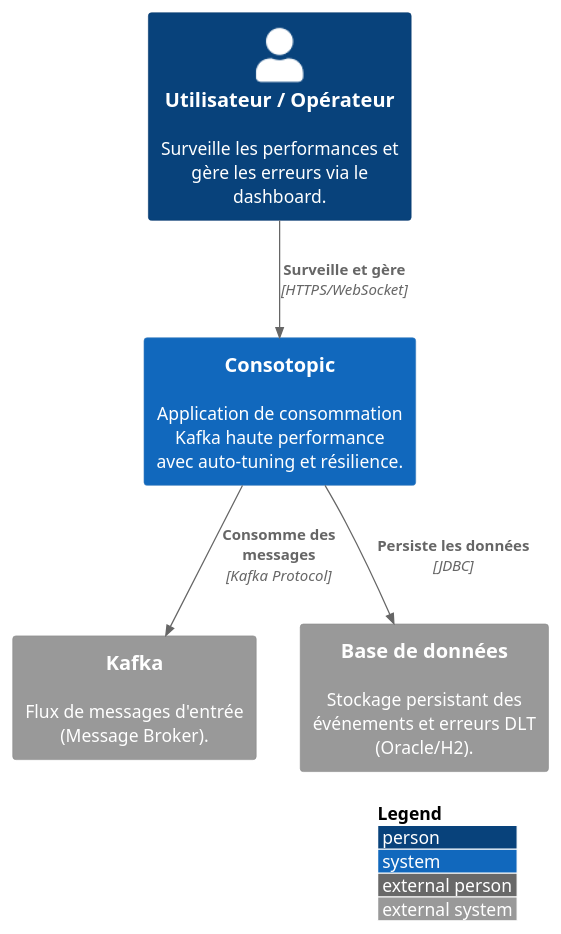
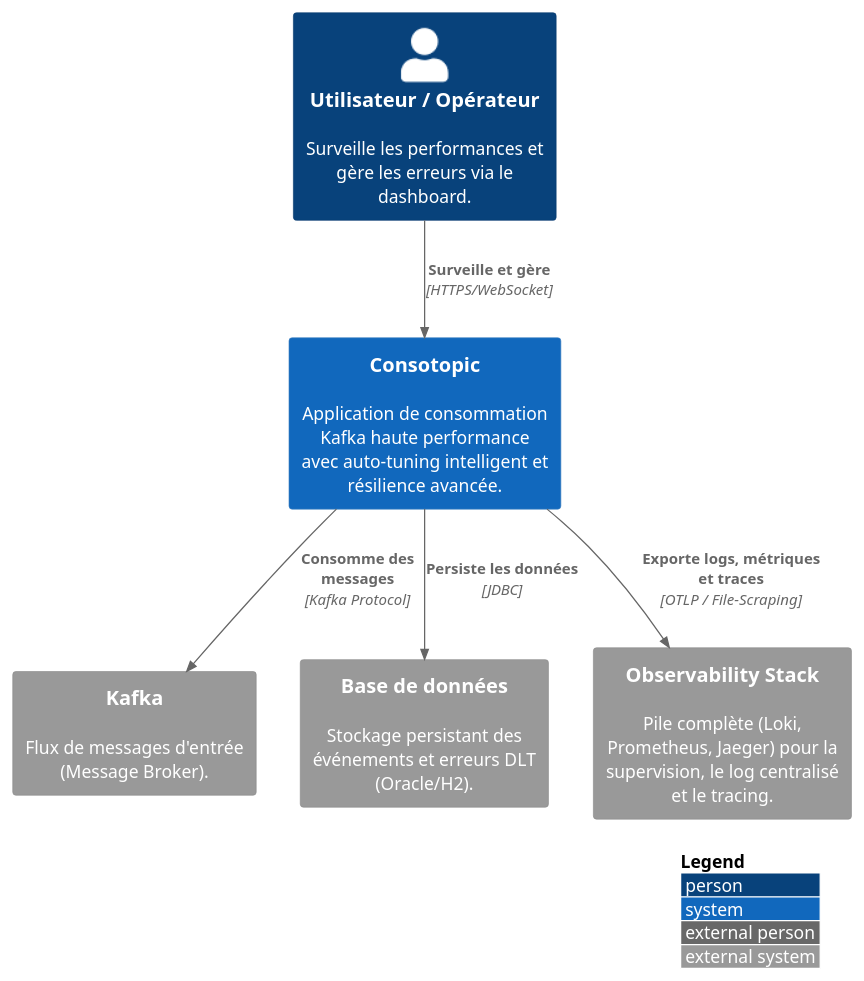
The first of 3 diagrams in docs/c4-models.md (devdownin/kafkaconsumerautotune), drawn with PlantUML before and after one commit. The commit also changed other lines of this file and 2 other files, not shown here.

````diff
--- a/docs/c4-models.md
+++ b/docs/c4-models.md
@@ -11,17 +11,19 @@
 ```puml
 @startuml C4_Elements
 !include https://raw.githubusercontent.com/plantuml-stdlib/C4-PlantUML/master/C4_Context.puml
 
 LAYOUT_WITH_LEGEND()
 
 Person(user, "Utilisateur / Opérateur", "Surveille les performances et gère les erreurs via le dashboard.")
-System(consotopic, "Consotopic", "Application de consommation Kafka haute performance avec auto-tuning et résilience.")
+System(consotopic, "Consotopic", "Application de consommation Kafka haute performance avec auto-tuning intelligent et résilience avancée.")
 
 System_Ext(kafka, "Kafka", "Flux de messages d'entrée (Message Broker).")
 System_Ext(database, "Base de données", "Stockage persistant des événements et erreurs DLT (Oracle/H2).")
+System_Ext(otel_stack, "Observability Stack", "Pile complète (Loki, Prometheus, Jaeger) pour la supervision, le log centralisé et le tracing.")
 
 Rel(user, consotopic, "Surveille et gère", "HTTPS/WebSocket")
 Rel(consotopic, kafka, "Consomme des messages", "Kafka Protocol")
 Rel(consotopic, database, "Persiste les données", "JDBC")
+Rel(consotopic, otel_stack, "Exporte logs, métriques et traces", "OTLP / File-Scraping")
 @enduml
 ```
````
